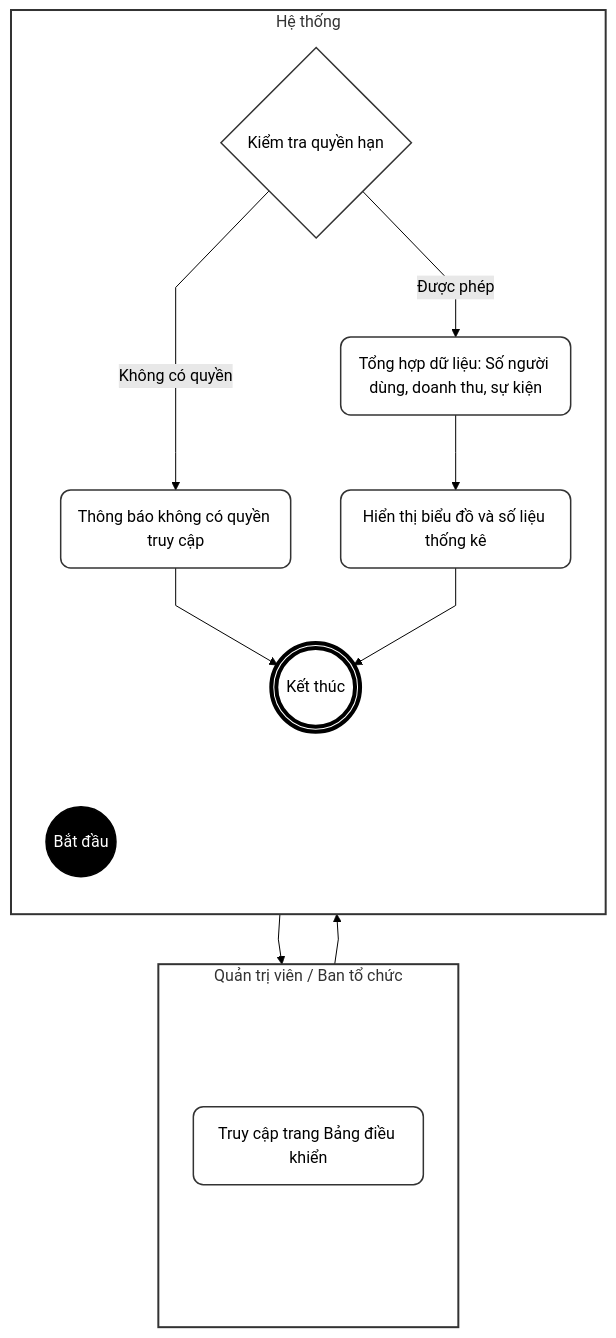
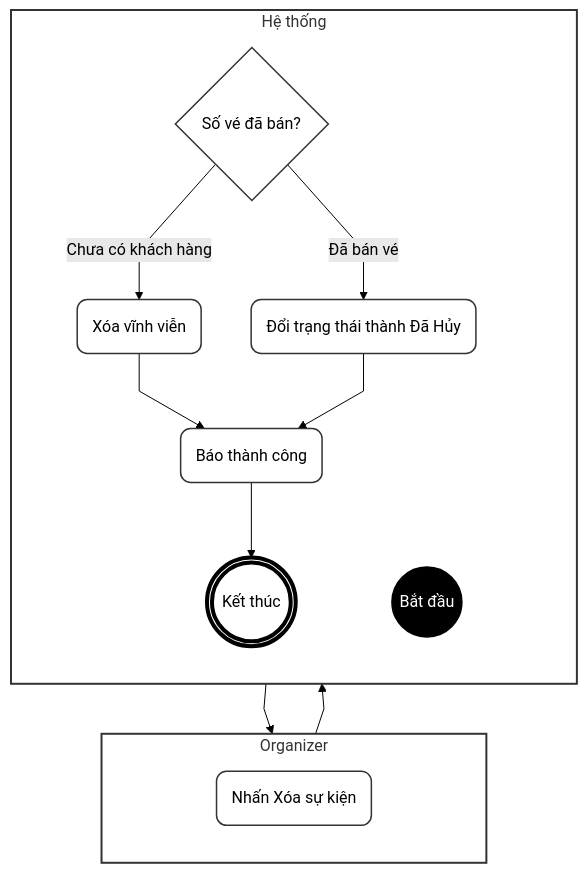
Before and after one commit to ChuDucAnh21/BE-quan-ly-su-kien: the third of 6 diagrams in doc/system_analysis/activity diagram/08b_activity_admin_event_staff.md, drawn with Mermaid (forest theme). The commit also changed other lines of this file and 14 other files, not shown here.

````diff
--- a/doc/system_analysis/activity diagram/08b_activity_admin_event_staff.md
+++ b/doc/system_analysis/activity diagram/08b_activity_admin_event_staff.md
@@ -245,49 +104,40 @@
 ```mermaid
 %%{init: {"flowchart": {"curve": "linear"}}}%%
 flowchart TD
     classDef default fill:#fff,stroke:#333,stroke-width:1.5px,color:#000,rx:10px,ry:10px;
     classDef startNode fill:#000,stroke:#000,color:#fff;
     classDef endNode fill:#fff,stroke:#000,stroke-width:4px,color:#000;
     classDef hidden fill:none,stroke:none,color:none;
 
-    subgraph TacNhan [Quản trị viên / Ban tổ chức]
+    subgraph Organizer [Organizer]
         direction TB
         T_start(" "):::hidden
-        A(Truy cập trang Bảng điều khiển)
+        A(Nhấn Xóa sự kiện)
         T_end(" "):::hidden
     end
 
-    subgraph HeThong [Hệ thống]
+    subgraph System [Hệ thống]
         direction TB
         H_start(" "):::hidden
         Start((Bắt đầu)):::startNode
-        B{Kiểm tra quyền hạn}
-        C(Thông báo không có quyền truy cập)
-        D(Tổng hợp dữ liệu: Số người dùng, doanh thu, sự kiện)
-        E(Hiển thị biểu đồ và số liệu thống kê)
+        B{Số vé đã bán?}
+        C(Xóa vĩnh viễn)
+        D(Đổi trạng thái thành Đã Hủy)
+        E(Báo thành công)
         End(((Kết thúc))):::endNode
         H_end(" "):::hidden
     end
 
     T_start ~~~ H_start
     T_end ~~~ H_end
-
-    T_start ~~~ A
-    A ~~~ T_end
-
-    H_start ~~~ Start
-    End ~~~ H_end
-
     Start --> A
     A --> B
-
-    B -- Không có quyền --> C
-    C --> End
-
-    B -- Được phép --> D
+    B -- Chưa có khách hàng --> C
+    B -- Đã bán vé --> D
+    C --> E
     D --> E
     E --> End
 
-    style TacNhan fill:#fff,stroke:#333,stroke-width:2px
-    style HeThong fill:#fff,stroke:#333,stroke-width:2px
+    style Organizer fill:#fff,stroke:#333,stroke-width:2px
+    style System fill:#fff,stroke:#333,stroke-width:2px
 ```
````
